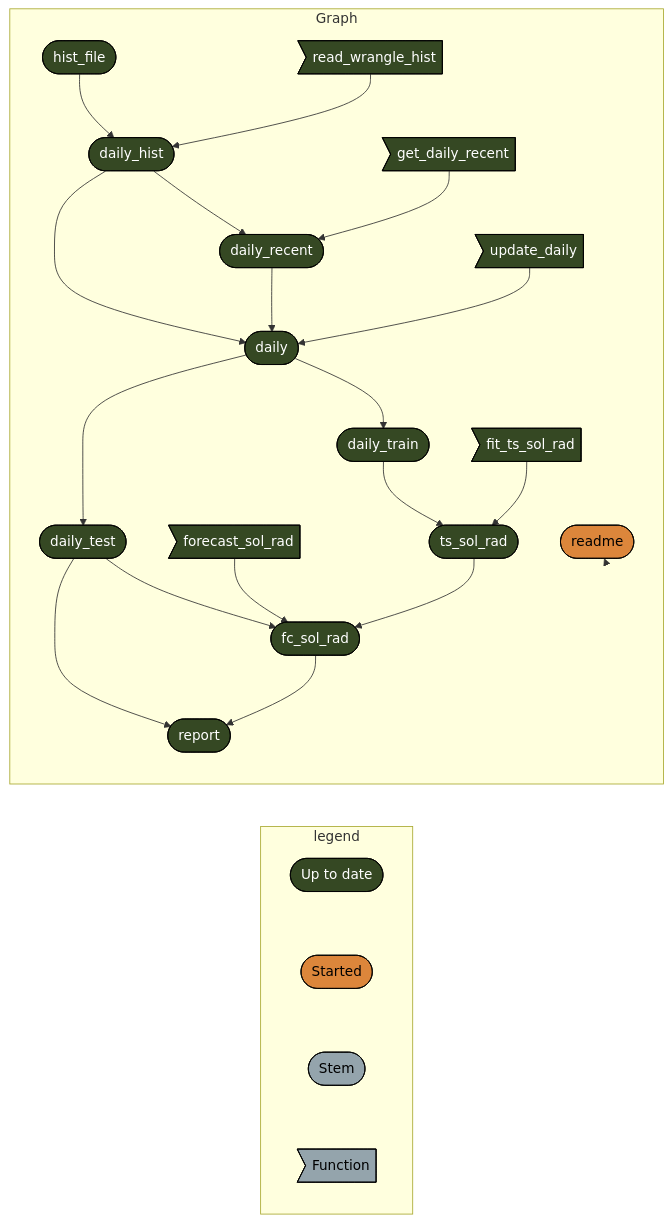
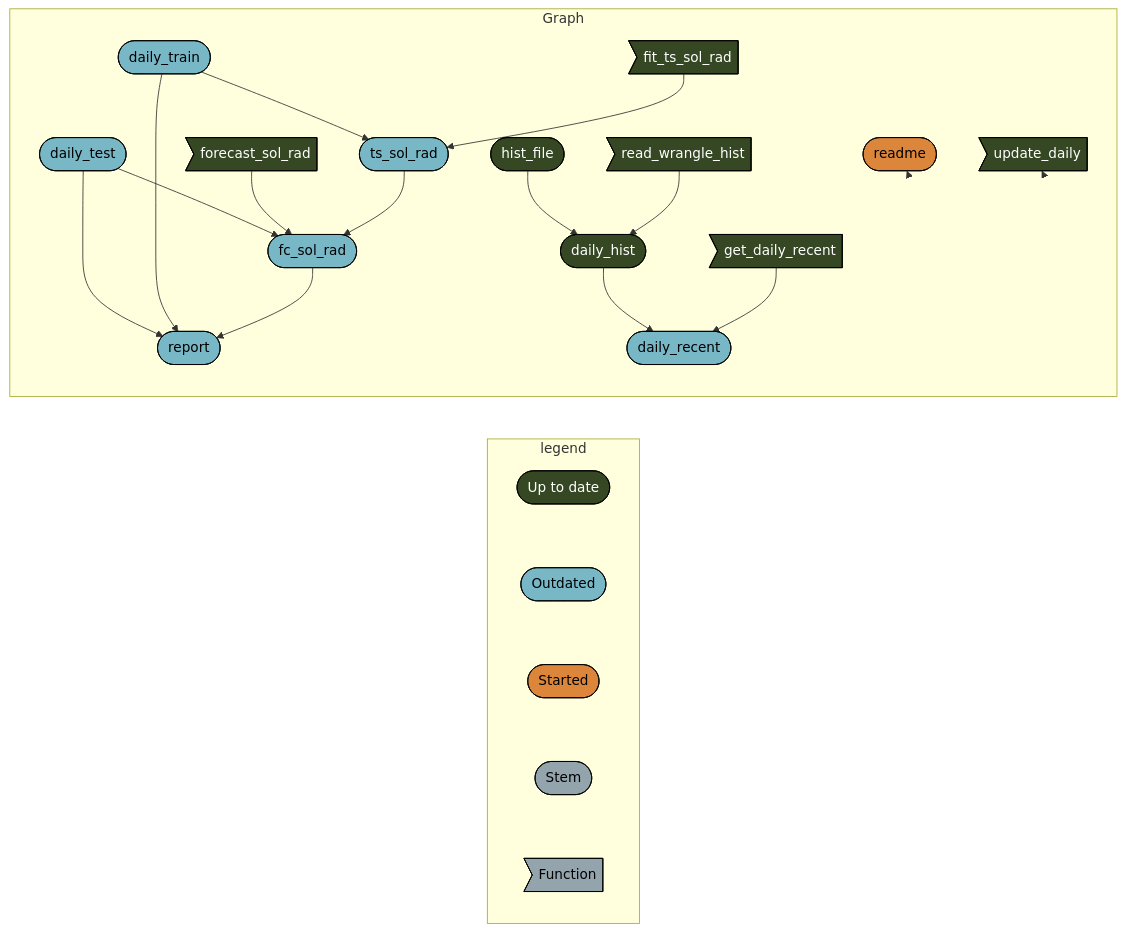
Before and after one commit to uace-azmet/azmet-forecast-qa: the diagram in README.md, drawn with Mermaid. The commit also changed other lines of this file and 7 other files, not shown here.

````diff
--- a/README.md
+++ b/README.md
@@ -28,34 +31,35 @@
 ``` mermaid
 graph LR
   subgraph legend
-    x7420bd9270f8d27d([""Up to date""]):::uptodate --- x5b3426b4c7fa7dbc([""Started""]):::started
+    x7420bd9270f8d27d([""Up to date""]):::uptodate --- x0a52b03877696646([""Outdated""]):::outdated
+    x0a52b03877696646([""Outdated""]):::outdated --- x5b3426b4c7fa7dbc([""Started""]):::started
     x5b3426b4c7fa7dbc([""Started""]):::started --- xbf4603d6c2c2ad6b([""Stem""]):::none
     xbf4603d6c2c2ad6b([""Stem""]):::none --- xf0bce276fe2b9d3e>""Function""]:::none
   end
   subgraph Graph
     x560d2f9acfe7747b(["hist_file"]):::uptodate --> xcb07ddaf135ab507(["daily_hist"]):::uptodate
     x842666df821db265>"read_wrangle_hist"]:::uptodate --> xcb07ddaf135ab507(["daily_hist"]):::uptodate
-    x6233d5fdb54d5242(["daily"]):::uptodate --> x9a0acd6e842eb2f0(["daily_train"]):::uptodate
-    x7b318303b239462b(["daily_test"]):::uptodate --> xe0fba61fbc506510(["report"]):::uptodate
-    x2e2c913cb86ee34e(["fc_sol_rad"]):::uptodate --> xe0fba61fbc506510(["report"]):::uptodate
-    xcb07ddaf135ab507(["daily_hist"]):::uptodate --> x6233d5fdb54d5242(["daily"]):::uptodate
-    x84a5bd81bfb0b714(["daily_recent"]):::uptodate --> x6233d5fdb54d5242(["daily"]):::uptodate
-    xed180ed90a78526a>"update_daily"]:::uptodate --> x6233d5fdb54d5242(["daily"]):::uptodate
-    x9a0acd6e842eb2f0(["daily_train"]):::uptodate --> xc9de046aea785dc2(["ts_sol_rad"]):::uptodate
-    xcc4a333b0a3d9708>"fit_ts_sol_rad"]:::uptodate --> xc9de046aea785dc2(["ts_sol_rad"]):::uptodate
-    xcb07ddaf135ab507(["daily_hist"]):::uptodate --> x84a5bd81bfb0b714(["daily_recent"]):::uptodate
-    xbc27cd57aa2a1d74>"get_daily_recent"]:::uptodate --> x84a5bd81bfb0b714(["daily_recent"]):::uptodate
-    x7b318303b239462b(["daily_test"]):::uptodate --> x2e2c913cb86ee34e(["fc_sol_rad"]):::uptodate
-    x9b63e5b64de3fce2>"forecast_sol_rad"]:::uptodate --> x2e2c913cb86ee34e(["fc_sol_rad"]):::uptodate
-    xc9de046aea785dc2(["ts_sol_rad"]):::uptodate --> x2e2c913cb86ee34e(["fc_sol_rad"]):::uptodate
-    x6233d5fdb54d5242(["daily"]):::uptodate --> x7b318303b239462b(["daily_test"]):::uptodate
+    x7b318303b239462b(["daily_test"]):::outdated --> xe0fba61fbc506510(["report"]):::outdated
+    x9a0acd6e842eb2f0(["daily_train"]):::outdated --> xe0fba61fbc506510(["report"]):::outdated
+    x2e2c913cb86ee34e(["fc_sol_rad"]):::outdated --> xe0fba61fbc506510(["report"]):::outdated
+    x9a0acd6e842eb2f0(["daily_train"]):::outdated --> xc9de046aea785dc2(["ts_sol_rad"]):::outdated
+    xcc4a333b0a3d9708>"fit_ts_sol_rad"]:::uptodate --> xc9de046aea785dc2(["ts_sol_rad"]):::outdated
+    xcb07ddaf135ab507(["daily_hist"]):::uptodate --> x84a5bd81bfb0b714(["daily_recent"]):::outdated
+    xbc27cd57aa2a1d74>"get_daily_recent"]:::uptodate --> x84a5bd81bfb0b714(["daily_recent"]):::outdated
+    x7b318303b239462b(["daily_test"]):::outdated --> x2e2c913cb86ee34e(["fc_sol_rad"]):::outdated
+    x9b63e5b64de3fce2>"forecast_sol_rad"]:::uptodate --> x2e2c913cb86ee34e(["fc_sol_rad"]):::outdated
+    xc9de046aea785dc2(["ts_sol_rad"]):::outdated --> x2e2c913cb86ee34e(["fc_sol_rad"]):::outdated
     x6e52cb0f1668cc22(["readme"]):::started --> x6e52cb0f1668cc22(["readme"]):::started
+    xed180ed90a78526a>"update_daily"]:::uptodate --> xed180ed90a78526a>"update_daily"]:::uptodate
   end
   classDef uptodate stroke:#000000,color:#ffffff,fill:#354823;
+  classDef outdated stroke:#000000,color:#000000,fill:#78B7C5;
   classDef started stroke:#000000,color:#000000,fill:#DC863B;
   classDef none stroke:#000000,color:#000000,fill:#94a4ac;
   linkStyle 0 stroke-width:0px;
   linkStyle 1 stroke-width:0px;
   linkStyle 2 stroke-width:0px;
-  linkStyle 19 stroke-width:0px;
+  linkStyle 3 stroke-width:0px;
+  linkStyle 16 stroke-width:0px;
+  linkStyle 17 stroke-width:0px;
 ```
````
